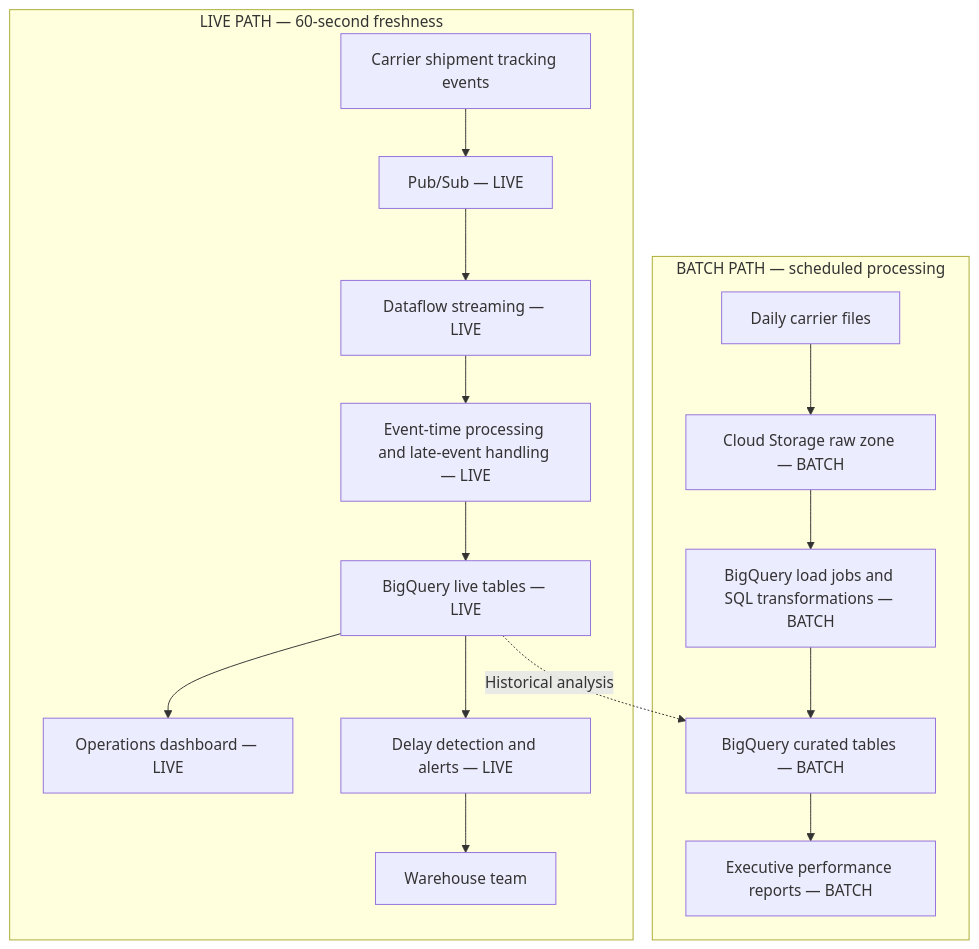
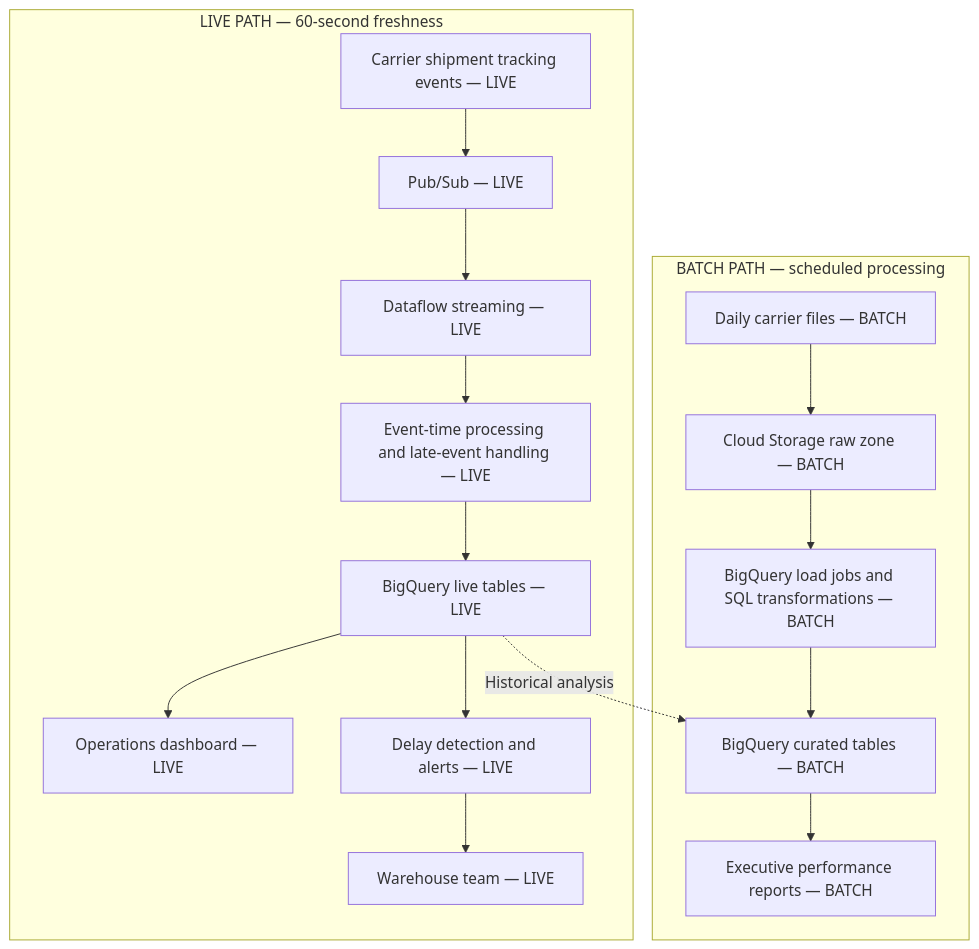
The diagram in docs/architecture/greenleaf-architecture.md (Niteshlo/cloud-computing-srh), drawn with Mermaid before and after one commit.

Commit message:
Fix LIVE and BATCH labels in architecture diagram

````diff
--- a/docs/architecture/greenleaf-architecture.md
+++ b/docs/architecture/greenleaf-architecture.md
@@ -12,29 +12,28 @@
 ```mermaid
 flowchart TB
     subgraph LIVE["LIVE PATH — 60-second freshness"]
-        A["Carrier shipment tracking events"]
+        A["Carrier shipment tracking events — LIVE"]
         B["Pub/Sub — LIVE"]
         C["Dataflow streaming — LIVE"]
         D["Event-time processing and late-event handling — LIVE"]
         E["BigQuery live tables — LIVE"]
         F["Operations dashboard — LIVE"]
         G["Delay detection and alerts — LIVE"]
-        H["Warehouse team"]
-
+        H["Warehouse team — LIVE"]
         A --> B --> C --> D --> E
         E --> F
         E --> G --> H
     end
 
     subgraph BATCH["BATCH PATH — scheduled processing"]
-        J["Daily carrier files"]
+        J["Daily carrier files — BATCH"]
         K["Cloud Storage raw zone — BATCH"]
         L["BigQuery load jobs and SQL transformations — BATCH"]
         M["BigQuery curated tables — BATCH"]
         N["Executive performance reports — BATCH"]
 
         J --> K --> L --> M --> N
     end
 
     E -. "Historical analysis" .-> M
 ```
````
